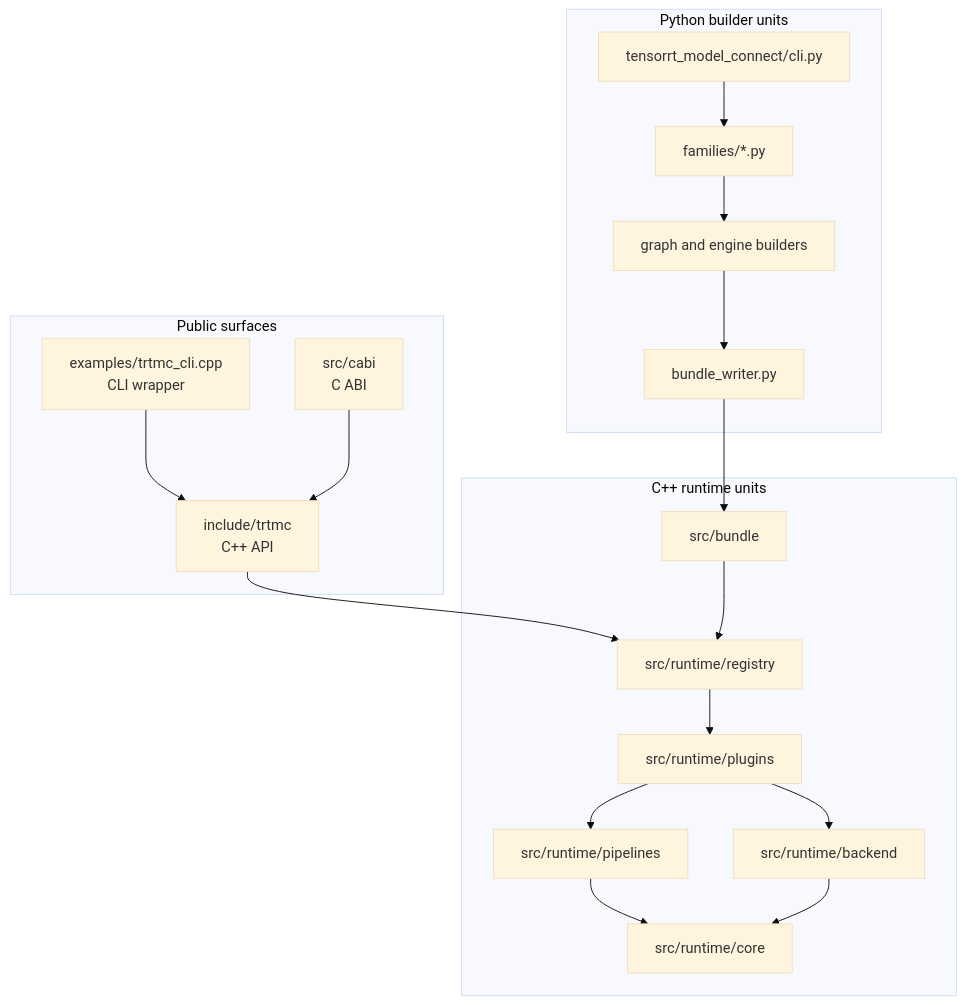
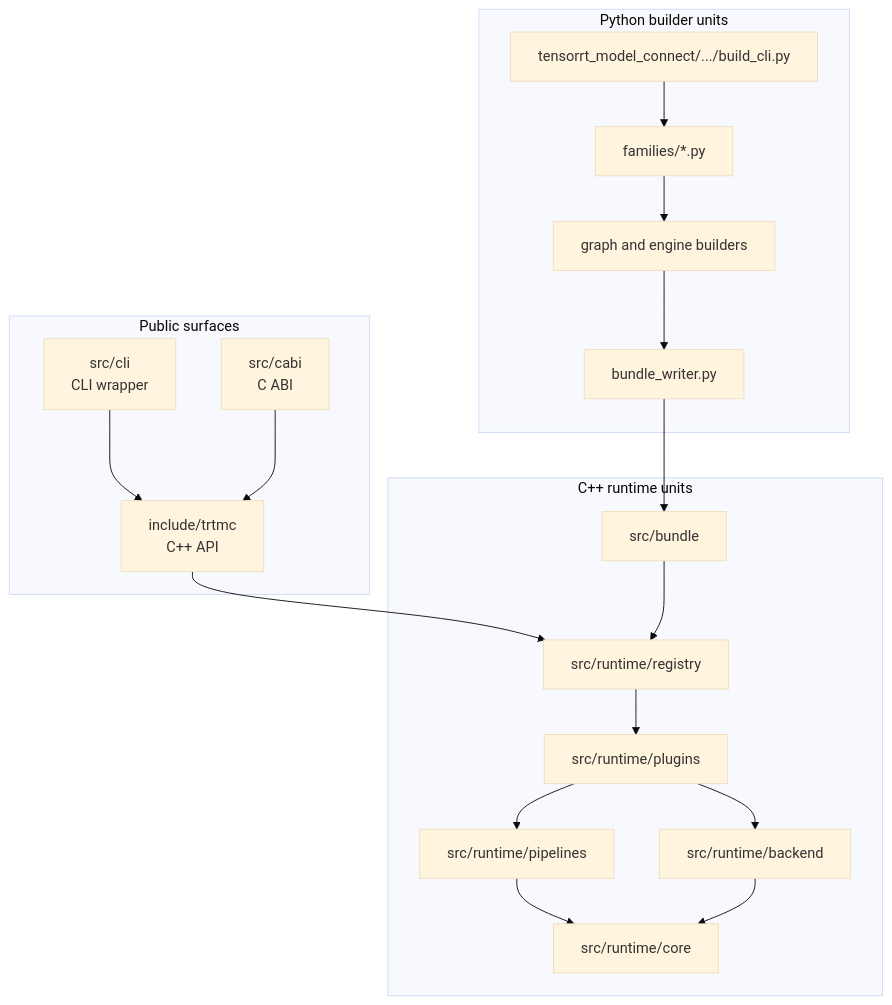
The diagram in website/docs/unit-design/overview.md (AbishekCoder1/TensorRT-Model-Connect), drawn with Mermaid (base theme) before and after one commit. The commit also changed other lines of this file and 200 other files, not shown here.

First line of the commit message:
feat(cli): package unified trtmc command (#97)

````diff
--- a/website/docs/unit-design/overview.md
+++ b/website/docs/unit-design/overview.md
@@ -9,38 +9,38 @@
 ```mermaid
 flowchart TB
   subgraph Public["Public surfaces"]
     PublicAPI["include/trtmc<br/>C++ API"]
-    CLI["examples/trtmc_cli.cpp<br/>CLI wrapper"]
+    CLI["src/cli<br/>CLI wrapper"]
     CABI["src/cabi<br/>C ABI"]
   end
 
   subgraph Build["Python builder units"]
-    BuildCLI["tensorrt_model_connect/cli.py"]
+    BuildCLI["tensorrt_model_connect/.../build_cli.py"]
     Families["families/*.py"]
     Builders["graph and engine builders"]
     BundleWriter["bundle_writer.py"]
   end
 
   subgraph Runtime["C++ runtime units"]
     Bundle["src/bundle"]
     Registry["src/runtime/registry"]
     Plugins["src/runtime/plugins"]
     Pipelines["src/runtime/pipelines"]
     Core["src/runtime/core"]
     Backend["src/runtime/backend"]
   end
 
   BuildCLI --> Families
   Families --> Builders
   Builders --> BundleWriter
   BundleWriter --> Bundle
   PublicAPI --> Registry
   CLI --> PublicAPI
   CABI --> PublicAPI
   Bundle --> Registry
   Registry --> Plugins
   Plugins --> Pipelines
   Pipelines --> Core
   Plugins --> Backend
   Backend --> Core
 ```
````
